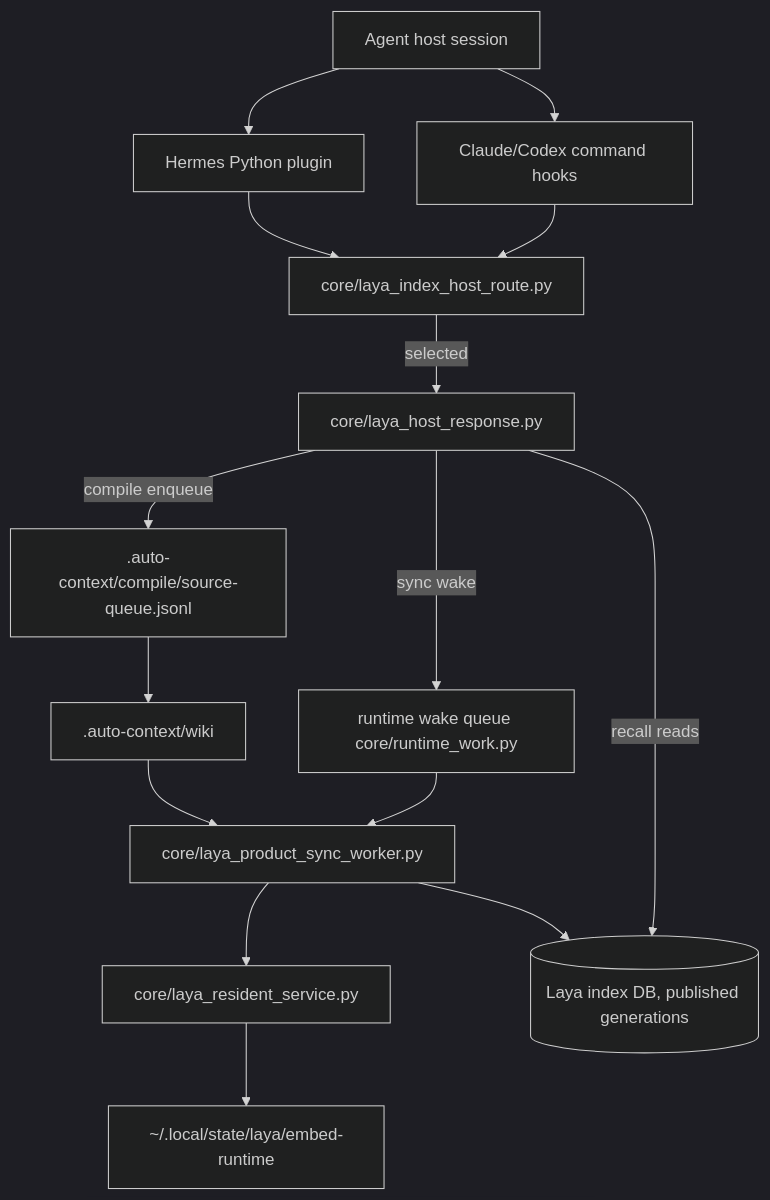
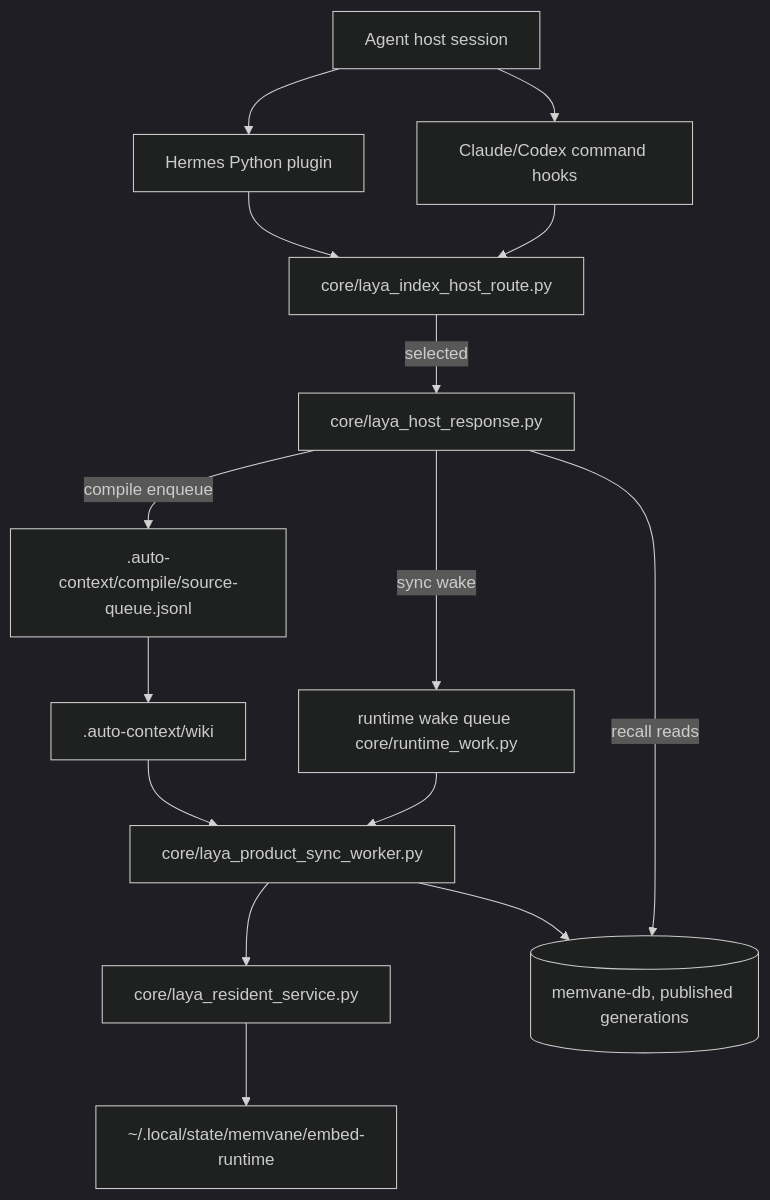
The diagram in docs/architecture.md (zbdulee/memvane), drawn with Mermaid (dark theme) before and after one commit. The commit also changed other lines of this file and 105 other files, not shown here.

````diff
--- a/docs/architecture.md
+++ b/docs/architecture.md
@@ -82,30 +83,30 @@
 ```mermaid
 flowchart TD
     User[Agent host session]
     Claude[Claude/Codex command hooks]
     Hermes[Hermes Python plugin]
     Route[core/laya_index_host_route.py]
     Resp[core/laya_host_response.py]
     Wakes[runtime wake queue core/runtime_work.py]
     Sync[core/laya_product_sync_worker.py]
     Resident[core/laya_resident_service.py]
-    Embed[~/.local/state/laya/embed-runtime]
-    Index[(Laya index DB, published generations)]
+    Embed[~/.local/state/memvane/embed-runtime]
+    Index[(memvane-db, published generations)]
     CompileQ[.auto-context/compile/source-queue.jsonl]
     Wiki[.auto-context/wiki]
 
     User --> Claude
     User --> Hermes
     Claude --> Route
     Hermes --> Route
     Route -->|selected| Resp
     Resp -->|recall reads| Index
     Resp -->|sync wake| Wakes
     Resp -->|compile enqueue| CompileQ
     Wakes --> Sync
     Sync --> Resident
     Resident --> Embed
     Sync --> Index
     CompileQ --> Wiki
     Wiki --> Sync
 ```
````
